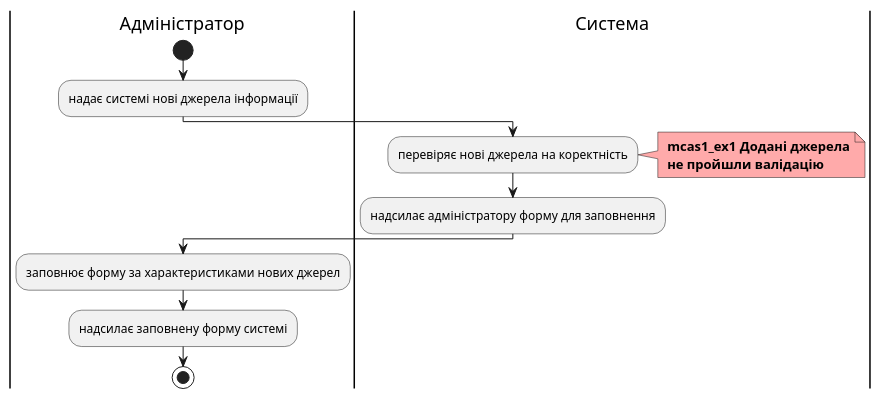
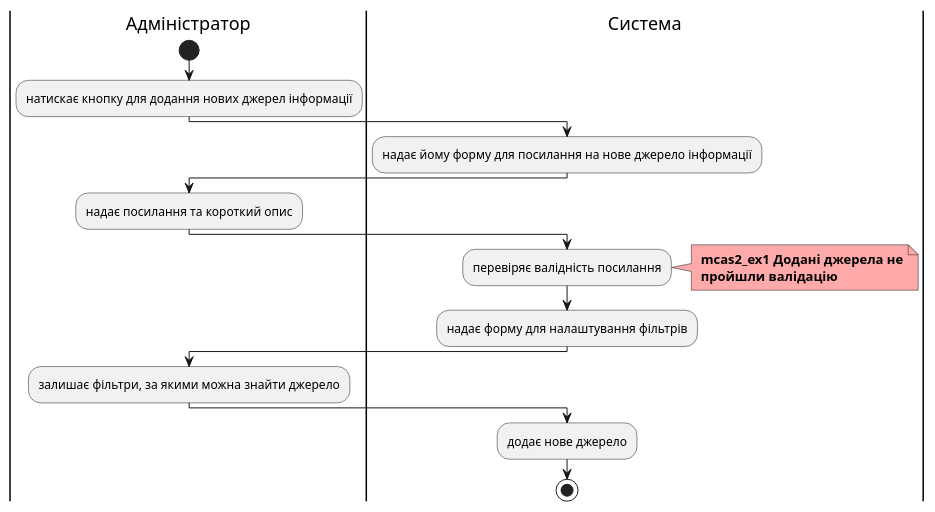
The eighth of 10 diagrams in docs/use cases/README.md (ukioxz/media-content-analyzing-system), drawn with PlantUML before and after one commit. The commit also changed other lines of this file and 1 other file, not shown here.

```diff
--- a/docs/use cases/README.md
+++ b/docs/use cases/README.md
@@ -195,18 +309,24 @@
 @startuml
 
 |Адміністратор|
 start
-:надає системі нові джерела інформації;
+:натискає кнопку для додання нових джерел інформації;
 |Система|   
-:перевіряє нові джерела на коректність;
+:надає йому форму для посилання на нове джерело інформації;
+|Адміністратор| 
+:надає посилання та короткий опис;
+|Система|   
+:перевіряє валідність посилання;
 note right #ffaaaa
-<b> mcas1_ex1 Додані джерела
-<b> не пройшли валідацію
+<b> mcas2_ex1 Додані джерела не
+<b> пройшли валідацію
 end note
-:надсилає адміністратору форму для заповнення;
+|Система|   
+:надає форму для налаштування фільтрів;
 |Адміністратор| 
-:заповнює форму за характеристиками нових джерел;
-:надсилає заповнену форму системі;
+:залишає фільтри, за якими можна знайти джерело;
+|Система|   
+:додає нове джерело;
 stop
 
 @enduml
```
